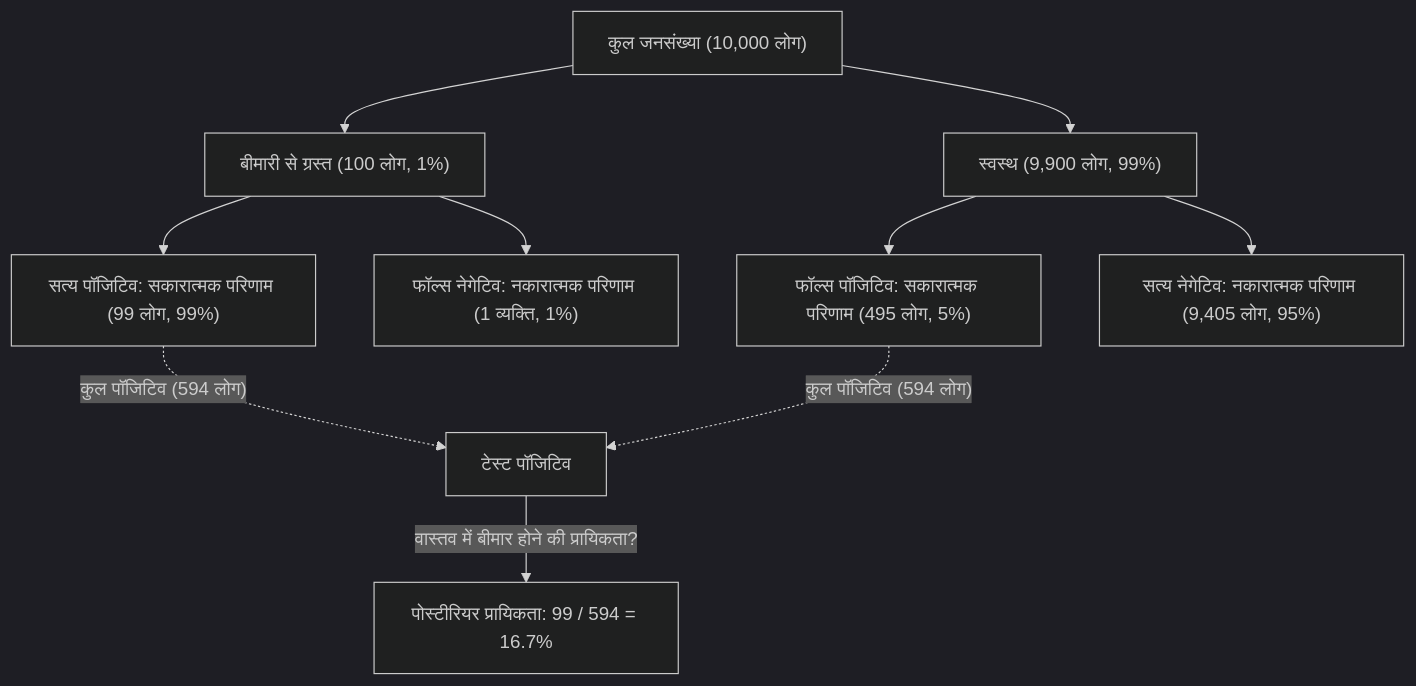
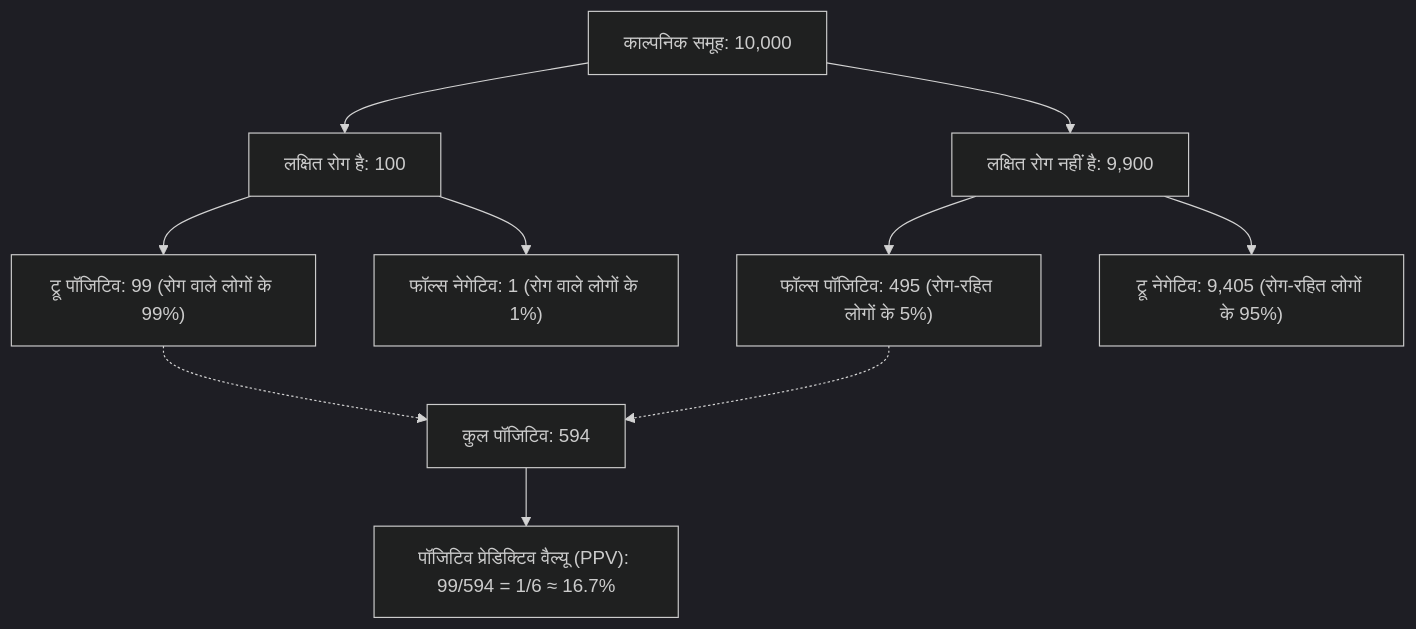
Before and after one commit to kenjinote/blog: the first of 2 diagrams in content/post/bayes-theorem/index.hi.md, drawn with Mermaid (dark theme). The commit also changed other lines of this file and 10 other files, not shown here.

````diff
--- a/content/post/bayes-theorem/index.hi.md
+++ b/content/post/bayes-theorem/index.hi.md
@@ -83,16 +114,12 @@
 ```mermaid
 flowchart TD
-    Population["कुल जनसंख्या (10,000 लोग)"] --> Disease["बीमारी से ग्रस्त (100 लोग, 1%)"]
-    Population --> Healthy["स्वस्थ (9,900 लोग, 99%)"]
-    
-    Disease --> TruePositive["सत्य पॉजिटिव: सकारात्मक परिणाम (99 लोग, 99%)"]
-    Disease --> FalseNegative["फॉल्स नेगेटिव: नकारात्मक परिणाम (1 व्यक्ति, 1%)"]
-    
-    Healthy --> FalsePositive["फॉल्स पॉजिटिव: सकारात्मक परिणाम (495 लोग, 5%)"]
-    Healthy --> TrueNegative["सत्य नेगेटिव: नकारात्मक परिणाम (9,405 लोग, 95%)"]
-
-    TruePositive -.->|"कुल पॉजिटिव (594 लोग)"| AllPositives["टेस्ट पॉजिटिव"]
-    FalsePositive -.->|"कुल पॉजिटिव (594 लोग)"| AllPositives
-    
-    AllPositives -->|"वास्तव में बीमार होने की प्रायिकता?"| Posterior["पोस्टीरियर प्रायिकता: 99 / 594 = 16.7%"]
+    Population["काल्पनिक समूह: 10,000"] --> Disease["लक्षित रोग है: 100"]
+    Population --> NoDisease["लक्षित रोग नहीं है: 9,900"]
+    Disease --> TP["ट्रू पॉजिटिव: 99 (रोग वाले लोगों के 99%)"]
+    Disease --> FN["फॉल्स नेगेटिव: 1 (रोग वाले लोगों के 1%)"]
+    NoDisease --> FP["फॉल्स पॉजिटिव: 495 (रोग-रहित लोगों के 5%)"]
+    NoDisease --> TN["ट्रू नेगेटिव: 9,405 (रोग-रहित लोगों के 95%)"]
+    TP -.-> AllPositive["कुल पॉजिटिव: 594"]
+    FP -.-> AllPositive
+    AllPositive --> PPV["पॉजिटिव प्रेडिक्टिव वैल्यू (PPV): 99/594 = 1/6 ≈ 16.7%"]
 ```
````
